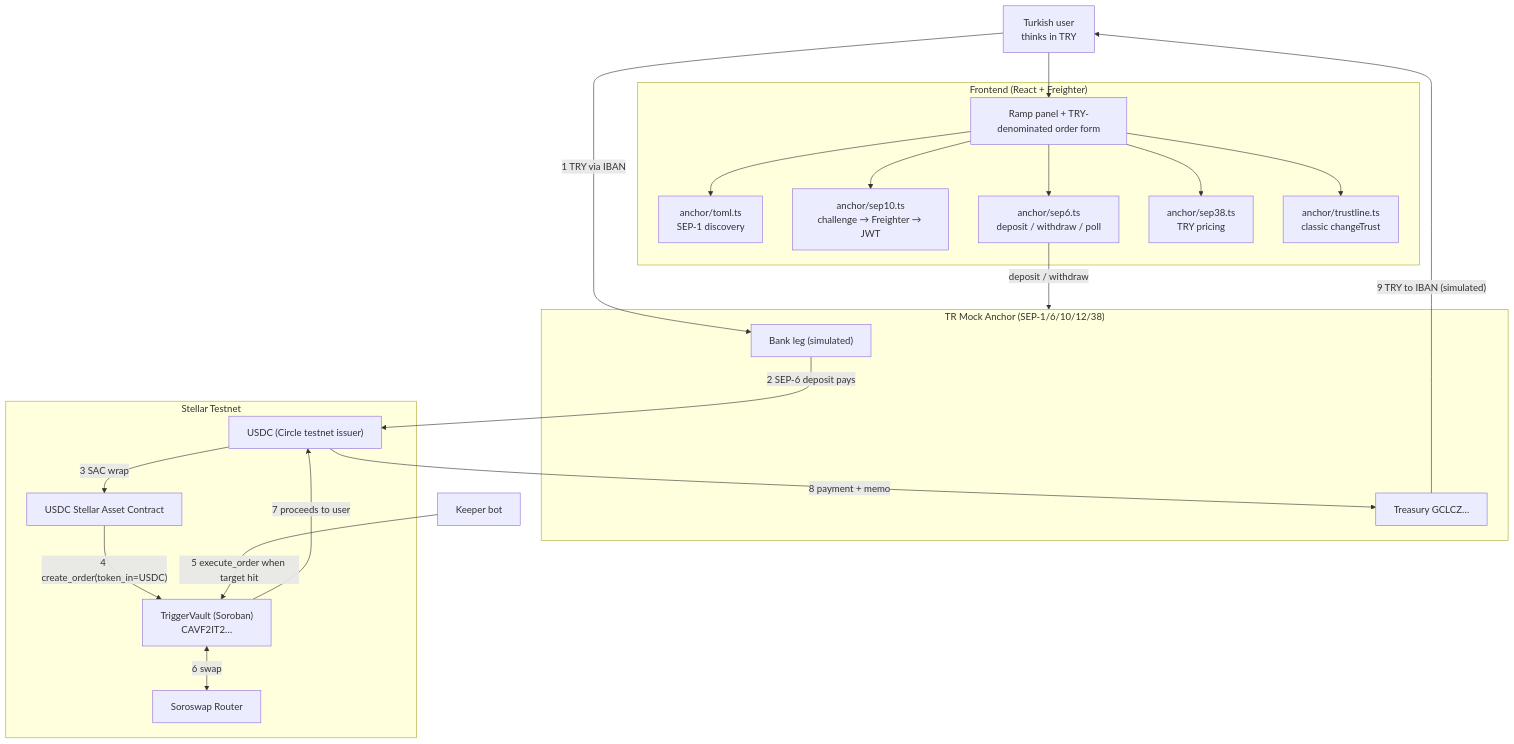
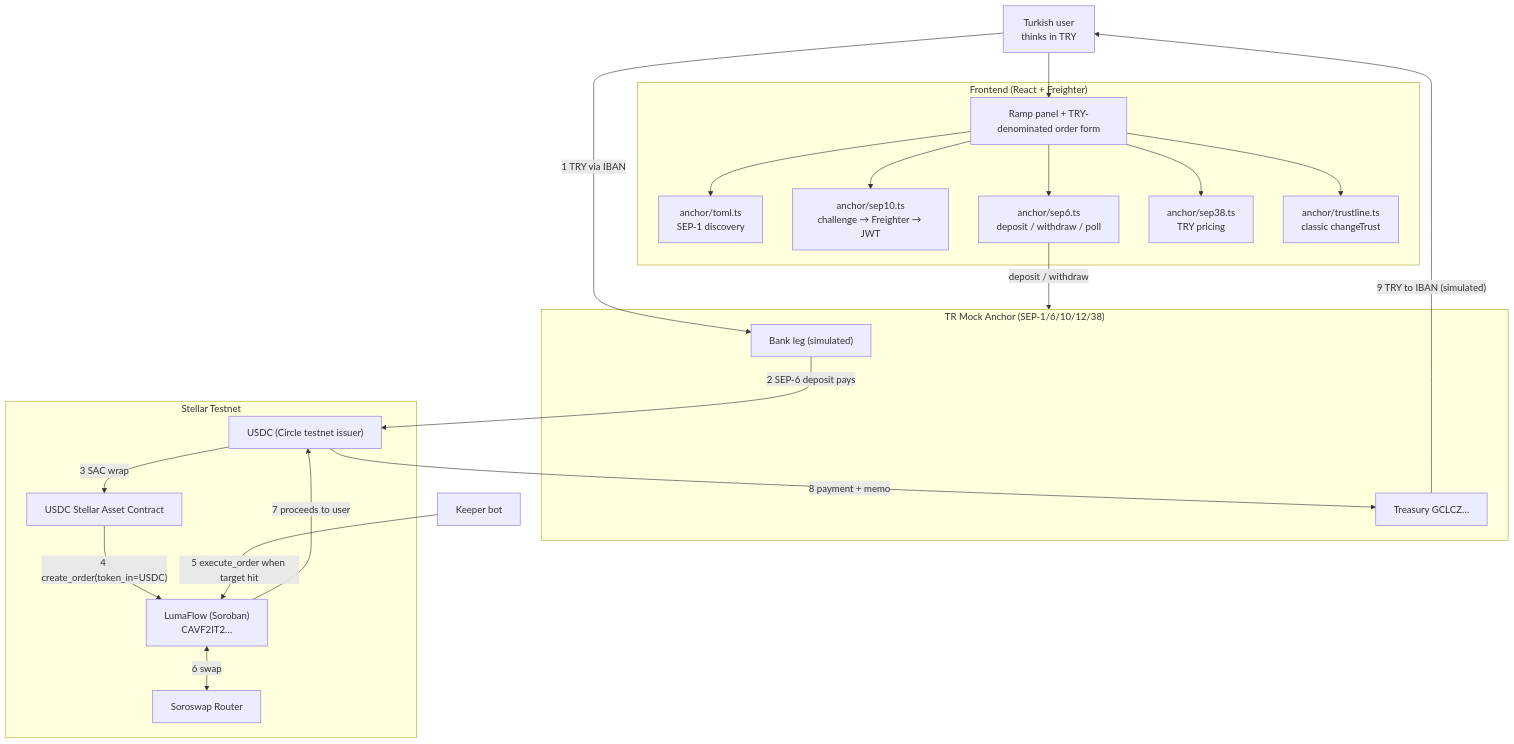
One commit to Nghtphl/lumaflow changed the diagram in docs/ANCHOR_INTEGRATION.md. Above: the diagram before and after it, drawn with Mermaid. The commit also changed other lines of this file and 19 other files, not shown here.

First line of the commit message:
feat(brand): LumaFlow, on its own domain

````diff
--- a/docs/ANCHOR_INTEGRATION.md
+++ b/docs/ANCHOR_INTEGRATION.md
@@ -106,40 +106,40 @@
 ```mermaid
 flowchart TD
     U["Turkish user<br/>thinks in TRY"]
 
     subgraph FE["Frontend (React + Freighter)"]
         A1["anchor/toml.ts<br/>SEP-1 discovery"]
         A2["anchor/sep10.ts<br/>challenge → Freighter → JWT"]
         A3["anchor/sep6.ts<br/>deposit / withdraw / poll"]
         A4["anchor/sep38.ts<br/>TRY pricing"]
         A5["anchor/trustline.ts<br/>classic changeTrust"]
         UI["Ramp panel + TRY-denominated order form"]
     end
 
     subgraph AN["TR Mock Anchor (SEP-1/6/10/12/38)"]
         BANK["Bank leg (simulated)"]
         TRZ["Treasury GCLCZ…"]
     end
 
     subgraph SN["Stellar Testnet"]
         USDC["USDC (Circle testnet issuer)"]
         SAC["USDC Stellar Asset Contract"]
-        V["TriggerVault (Soroban)<br/>CAVF2IT2…"]
+        V["LumaFlow (Soroban)<br/>CAVF2IT2…"]
         DEX["Soroswap Router"]
     end
 
     K["Keeper bot"]
 
     U -->|"1 TRY via IBAN"| BANK
     BANK -->|"2 SEP-6 deposit pays"| USDC
     U --> UI
     UI --> A1 & A2 & A3 & A4 & A5
     A3 -->|"deposit / withdraw"| AN
     USDC -->|"3 SAC wrap"| SAC
     SAC -->|"4 create_order(token_in=USDC)"| V
     K -->|"5 execute_order when target hit"| V
     V <-->|"6 swap"| DEX
     V -->|"7 proceeds to user"| USDC
     USDC -->|"8 payment + memo"| TRZ
     TRZ -->|"9 TRY to IBAN (simulated)"| U
 ```
````
